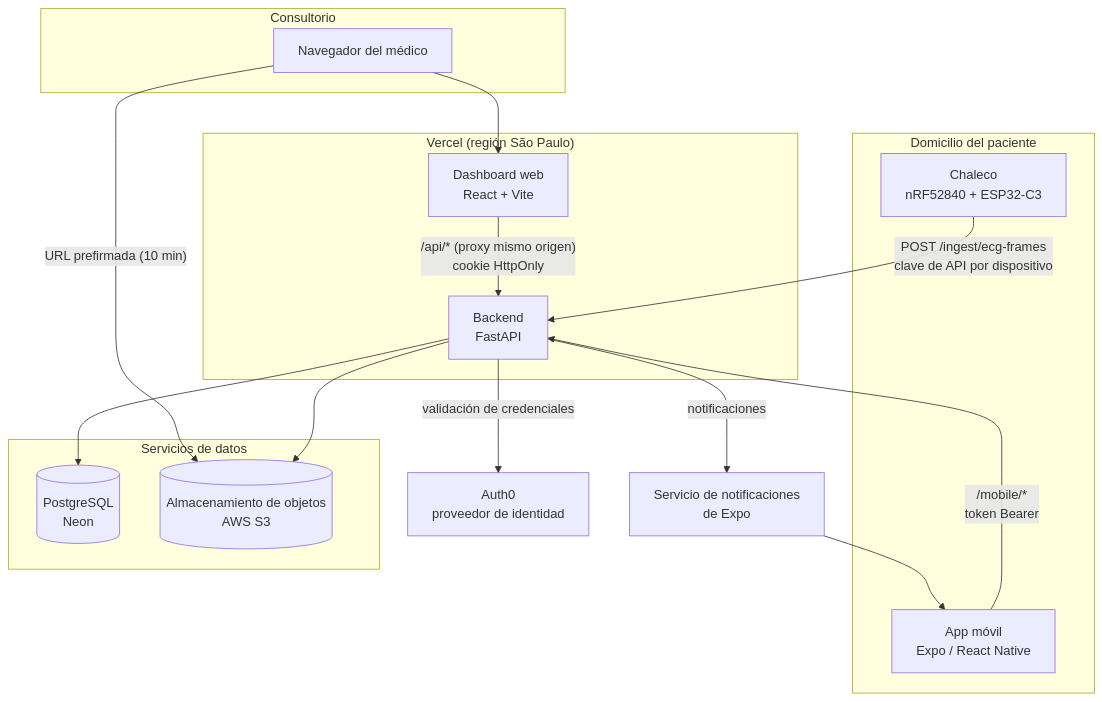
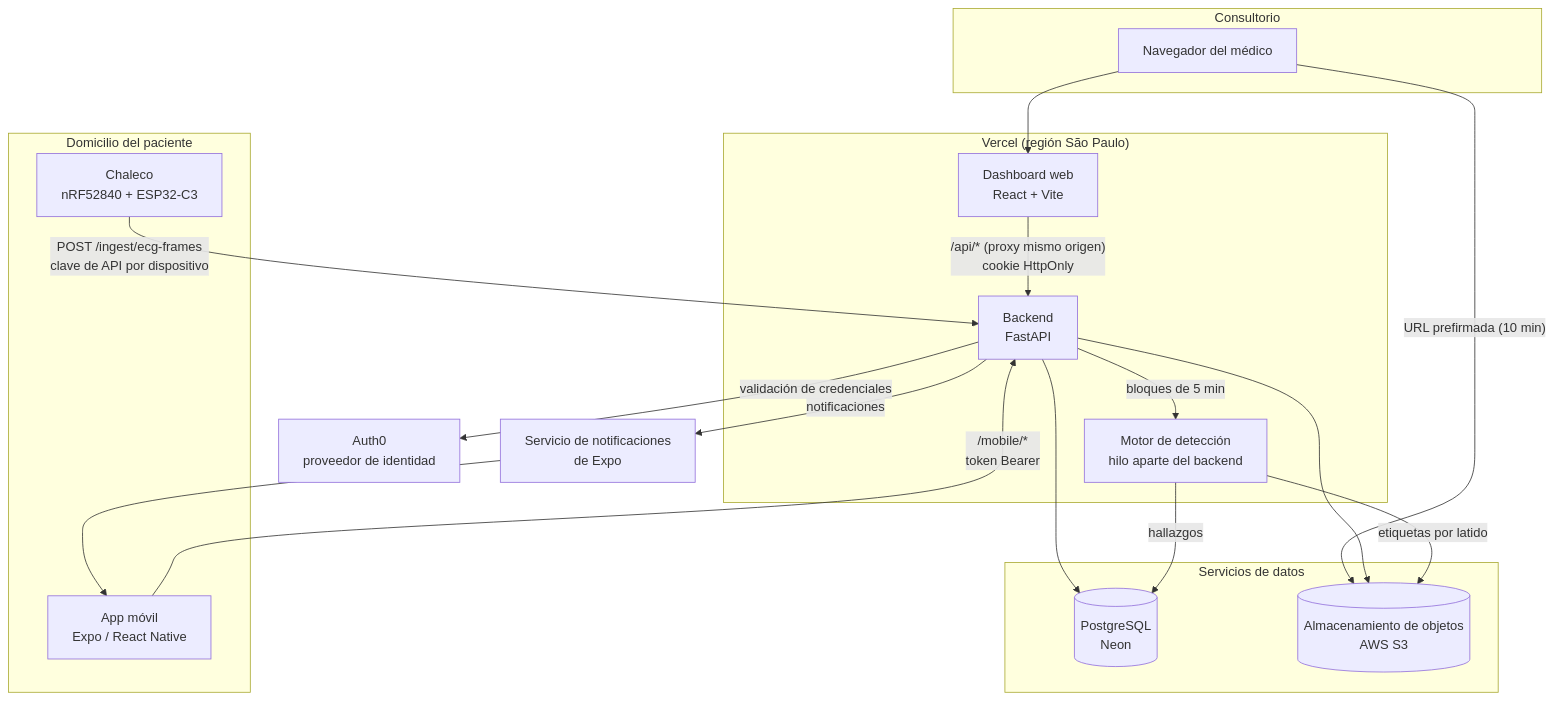
The second of 8 diagrams in Entregables/Informe Final.md (tesis-ecg/tesis-ecg-mono), drawn with Mermaid before and after one commit. The commit also changed other lines of this file, not shown here.

First line of the commit message:
docs(informe): add the detection engine to the Mermaid diagrams

````diff
--- a/Entregables/Informe Final.md
+++ b/Entregables/Informe Final.md
@@ -417,31 +417,35 @@
 ```mermaid
 flowchart TB
     subgraph Paciente["Domicilio del paciente"]
         CH["Chaleco<br/>nRF52840 + ESP32-C3"]
         APP["App móvil<br/>Expo / React Native"]
     end
     subgraph Medico["Consultorio"]
         NAV["Navegador del médico"]
     end
     subgraph Vercel["Vercel (región São Paulo)"]
         FE["Dashboard web<br/>React + Vite"]
         BE["Backend<br/>FastAPI"]
+        ML["Motor de detección<br/>hilo aparte del backend"]
     end
     subgraph Datos["Servicios de datos"]
         PG[("PostgreSQL<br/>Neon")]
         S3[("Almacenamiento de objetos<br/>AWS S3")]
     end
     A0["Auth0<br/>proveedor de identidad"]
     PUSH["Servicio de notificaciones<br/>de Expo"]
 
     CH -- "POST /ingest/ecg-frames<br/>clave de API por dispositivo" --> BE
     APP -- "/mobile/*<br/>token Bearer" --> BE
     NAV --> FE
     FE -- "/api/* (proxy mismo origen)<br/>cookie HttpOnly" --> BE
     NAV -- "URL prefirmada (10 min)" --> S3
     BE --> PG
     BE --> S3
+    BE -- "bloques de 5 min" --> ML
+    ML -- "hallazgos" --> PG
+    ML -- "etiquetas por latido" --> S3
     BE -- "validación de credenciales" --> A0
     BE -- "notificaciones" --> PUSH
     PUSH --> APP
 ```
````
